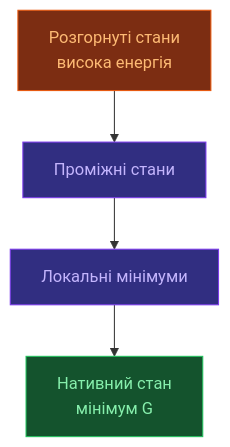
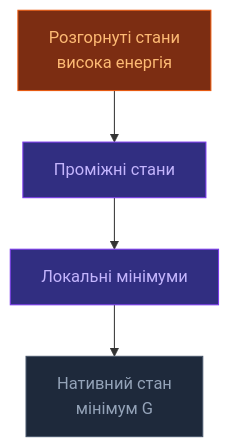
The second of 2 diagrams in UA/2. Концепції/2.1. Біологія/2.1.1. Згортання білків.md (OlehVolkov/AlphaFold3-AIGen-KnowledgeBase), drawn with Mermaid before and after one commit. The commit also changed other lines of this file and 33 other files, not shown here.

Commit message:
Linting and fixes in diagrams

````diff
--- a/UA/2. Концепції/2.1. Біологія/2.1.1. Згортання білків.md
+++ b/UA/2. Концепції/2.1. Біологія/2.1.1. Згортання білків.md
@@ -56,13 +58,16 @@
 ```mermaid
 flowchart TD
-    U["Розгорнуті стани<br/>висока енергія"]:::high
-    I1["Проміжні стани"]:::mid
-    I2["Локальні мінімуми"]:::mid
-    N["Нативний стан<br/>мінімум G"]:::low
+    U["Розгорнуті стани<br/>висока енергія"]:::confidence
+    I1["Проміжні стани"]:::trunk
+    I2["Локальні мінімуми"]:::trunk
+    N["Нативний стан<br/>мінімум G"]:::neutral
 
     U --> I1 --> I2 --> N
 
-    classDef high fill:#7c2d12,stroke:#ea580c,color:#fdba74
-    classDef mid fill:#312e81,stroke:#7c3aed,color:#c4b5fd
-    classDef low fill:#14532d,stroke:#22c55e,color:#86efac
+    classDef input fill:#1e3a5f,stroke:#3b82f6,color:#93c5fd
+    classDef trunk fill:#312e81,stroke:#7c3aed,color:#c4b5fd
+    classDef diffusion fill:#14532d,stroke:#22c55e,color:#86efac
+    classDef confidence fill:#7c2d12,stroke:#ea580c,color:#fdba74
+    classDef output fill:#134e4a,stroke:#14b8a6,color:#5eead4
+    classDef neutral fill:#1e293b,stroke:#475569,color:#94a3b8
 ```
````
